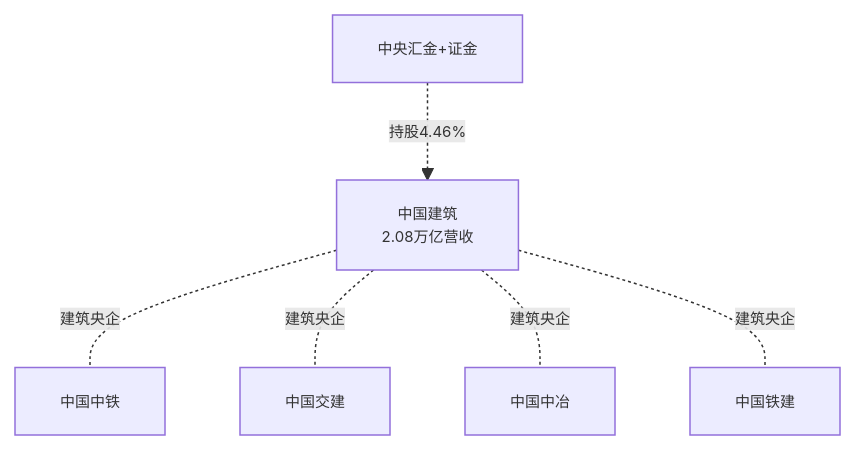
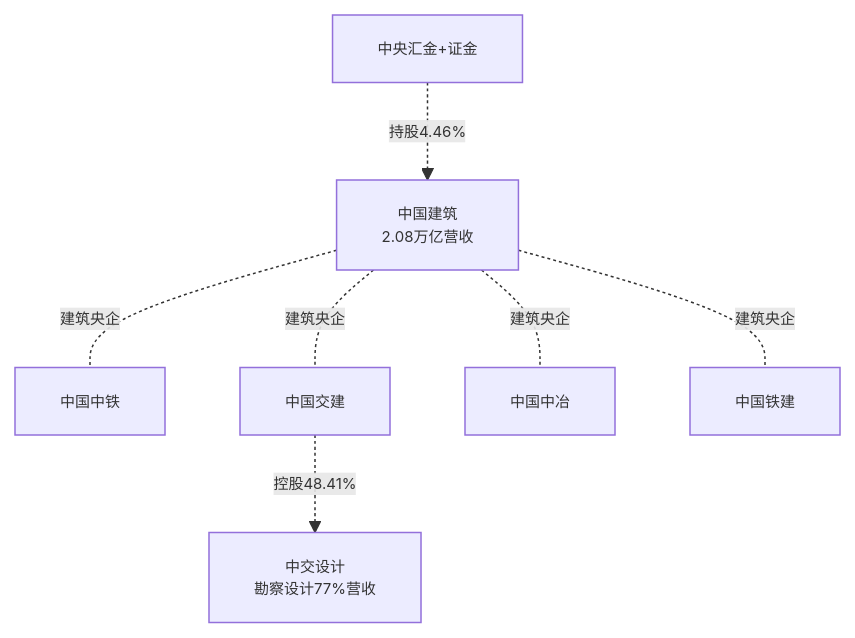
Diagram 22 of 23 in industry/wiki/syntheses/公司关联图谱.md (zhangbo1882/open-industry), drawn with Mermaid before and after one commit. The commit also changed other lines of this file and 7 other files, not shown here.

````diff
--- a/industry/wiki/syntheses/公司关联图谱.md
+++ b/industry/wiki/syntheses/公司关联图谱.md
@@ -1390,19 +1395,21 @@
 ```mermaid
 %%{init: {'themeVariables': {'fontSize': '10px'}}}%%
 graph TB
     中国建筑[中国建筑<br/>2.08万亿营收]
     中国中铁[中国中铁]
     中国交建[中国交建]
+    中交设计[中交设计<br/>勘察设计77%营收]
     中国中冶[中国中冶]
     中国铁建[中国铁建]
     国家队[中央汇金+证金]
 
     中国建筑 -.-|建筑央企| 中国中铁
     中国建筑 -.-|建筑央企| 中国交建
     中国建筑 -.-|建筑央企| 中国中冶
     中国建筑 -.-|建筑央企| 中国铁建
+    中国交建 -.->|控股48.41%| 中交设计
     国家队 -.->|持股4.46%| 中国建筑
 
     classDef personnel fill:#ff6b6b,color:#fff,stroke:#c92a2a
     classDef competition fill:#ffd43b,color:#333,stroke:#fab005
 ```
````
